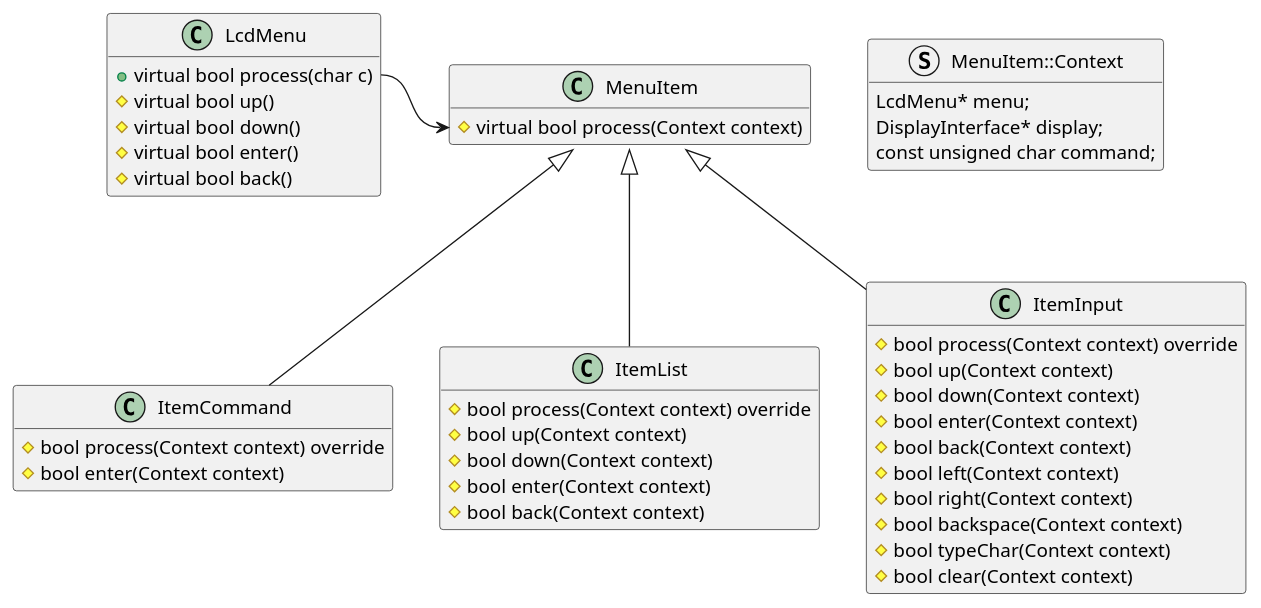
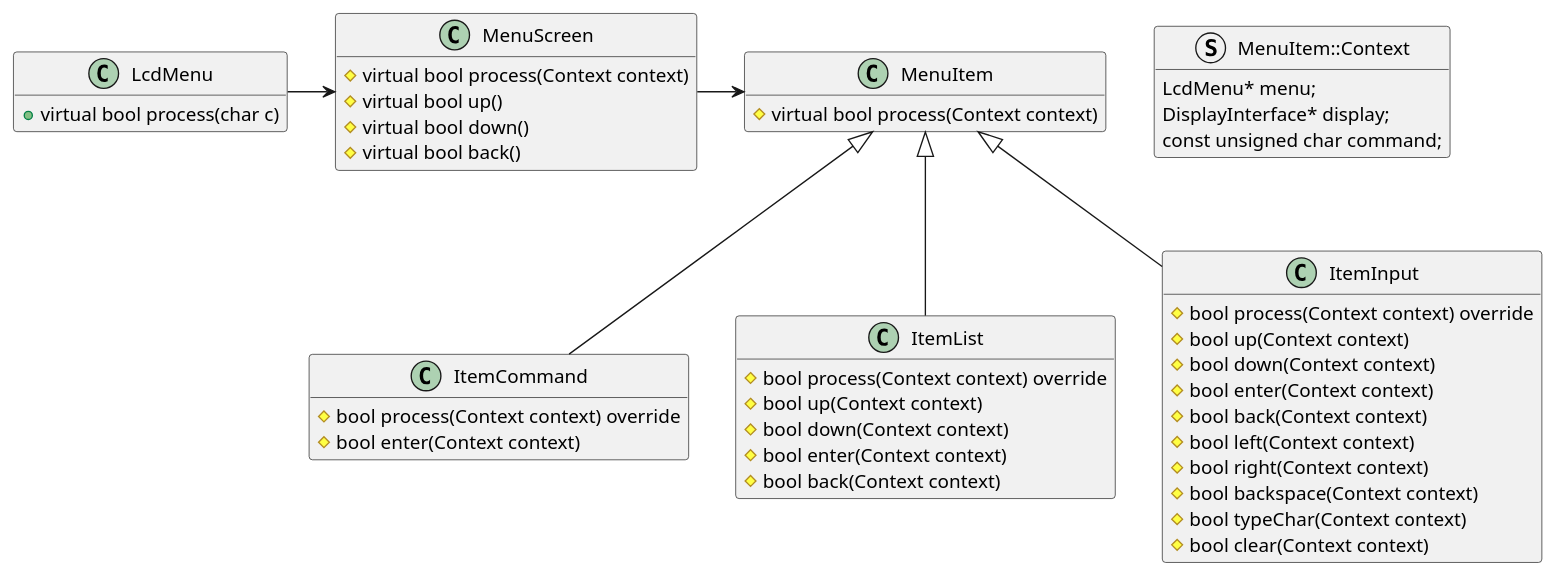
The diagram in docs/classes.puml (forntoh/LcdMenu), drawn with PlantUML before and after one commit. The commit also changed 31 other files, not shown here.

First line of the commit message:
Feature/introduce menu screen (#216)

```diff
--- a/docs/classes.puml
+++ b/docs/classes.puml
@@ -1,54 +1,58 @@
 @startuml
 ' https://www.plantuml.com/plantuml/uml/
 
 hide empty members
 
 class LcdMenu {
     +virtual bool process(char c)
+}
+
+class MenuScreen {
+    #virtual bool process(Context context)
     #virtual bool up()
     #virtual bool down()
-    #virtual bool enter()
     #virtual bool back()
 }
 
 struct MenuItem::Context {
     LcdMenu* menu;
     DisplayInterface* display;
     const unsigned char command;
 }
 
 class MenuItem {
     #virtual bool process(Context context)
 }
 
 class ItemCommand {
     #bool process(Context context) override
     #bool enter(Context context)
 }
 
 class ItemList {
     #bool process(Context context) override
     #bool up(Context context)
     #bool down(Context context)
     #bool enter(Context context)
     #bool back(Context context)
 }
 
 class ItemInput {
     #bool process(Context context) override
     #bool up(Context context)
     #bool down(Context context)
     #bool enter(Context context)
     #bool back(Context context)
     #bool left(Context context)
     #bool right(Context context)
     #bool backspace(Context context)
     #bool typeChar(Context context)
     #bool clear(Context context)
 }
 
-LcdMenu::process -r-> MenuItem::process
+LcdMenu -r-> MenuScreen
+MenuScreen -r-> MenuItem
 ItemCommand -u-|> MenuItem
 ItemList -u-|> MenuItem
 ItemInput -u-|> MenuItem
 @enduml
```
